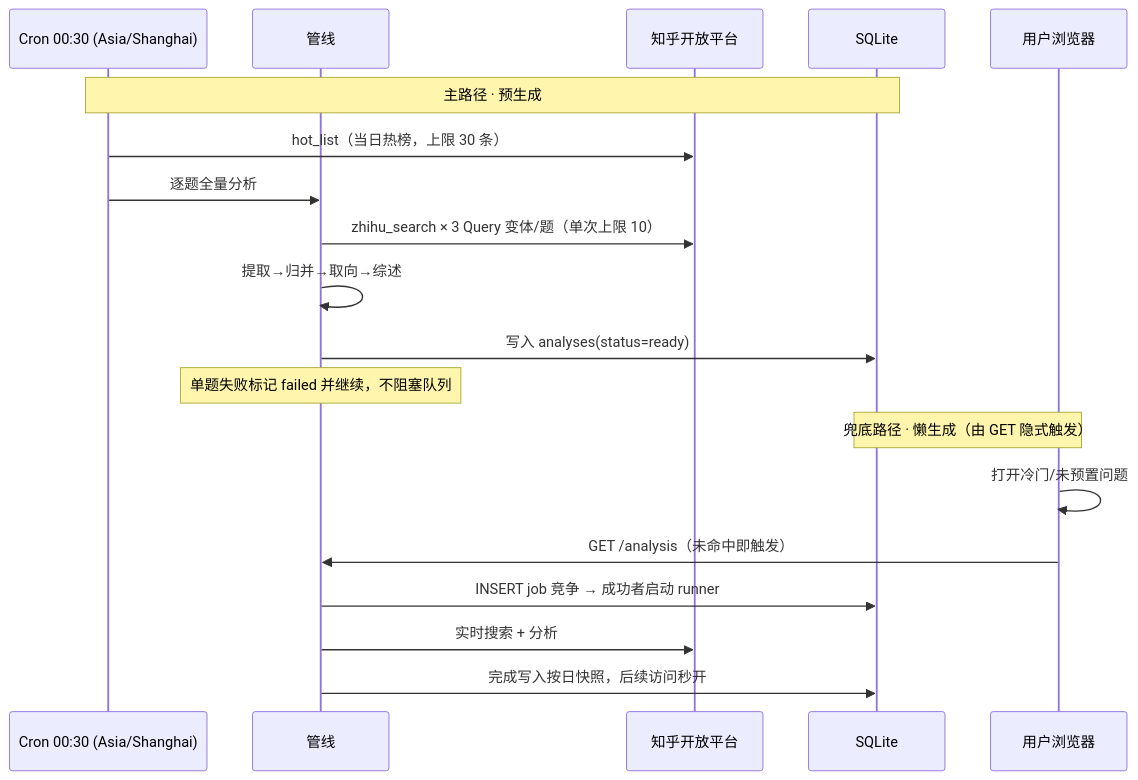
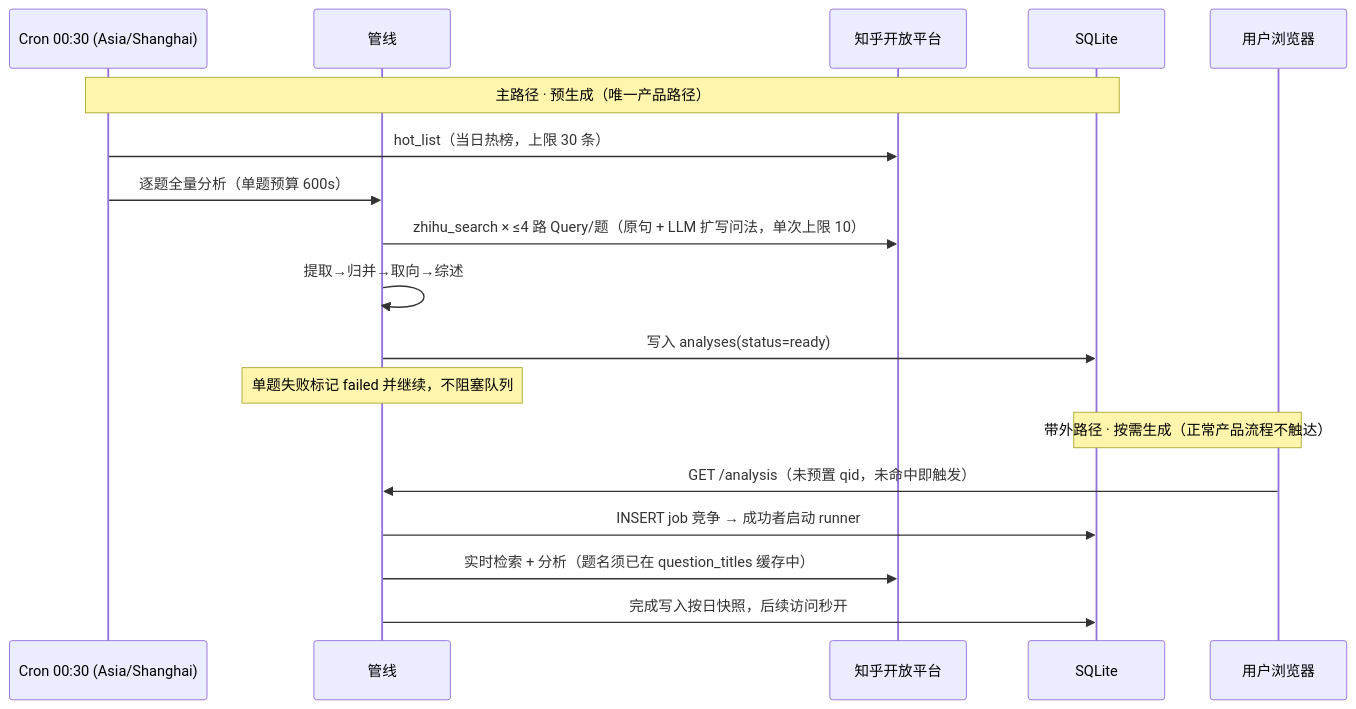
Before and after one commit to bingxin666/two-sides: the second of 2 diagrams in docs/01-开发总览.md, drawn with Mermaid. The commit also changed other lines of this file and 34 other files, not shown here.

````diff
--- a/docs/01-开发总览.md
+++ b/docs/01-开发总览.md
@@ -68,23 +70,22 @@
 ```mermaid
 sequenceDiagram
     participant C as Cron 00:30 (Asia/Shanghai)
     participant P as 管线
     participant Z as 知乎开放平台
     participant D as SQLite
     participant U as 用户浏览器
 
-    Note over C,D: 主路径 · 预生成
+    Note over C,D: 主路径 · 预生成（唯一产品路径）
     C->>Z: hot_list（当日热榜，上限 30 条）
-    C->>P: 逐题全量分析
-    P->>Z: zhihu_search × 3 Query 变体/题（单次上限 10）
+    C->>P: 逐题全量分析（单题预算 600s）
+    P->>Z: zhihu_search × ≤4 路 Query/题（原句 + LLM 扩写问法，单次上限 10）
     P->>P: 提取→归并→取向→综述
     P->>D: 写入 analyses(status=ready)
     Note over P: 单题失败标记 failed 并继续，不阻塞队列
 
-    Note over U,D: 兜底路径 · 懒生成（由 GET 隐式触发）
-    U->>U: 打开冷门/未预置问题
-    U->>P: GET /analysis（未命中即触发）
+    Note over U,D: 带外路径 · 按需生成（正常产品流程不触达）
+    U->>P: GET /analysis（未预置 qid，未命中即触发）
     P->>D: INSERT job 竞争 → 成功者启动 runner
-    P->>Z: 实时搜索 + 分析
+    P->>Z: 实时检索 + 分析（题名须已在 question_titles 缓存中）
     P->>D: 完成写入按日快照，后续访问秒开
 ```
````
